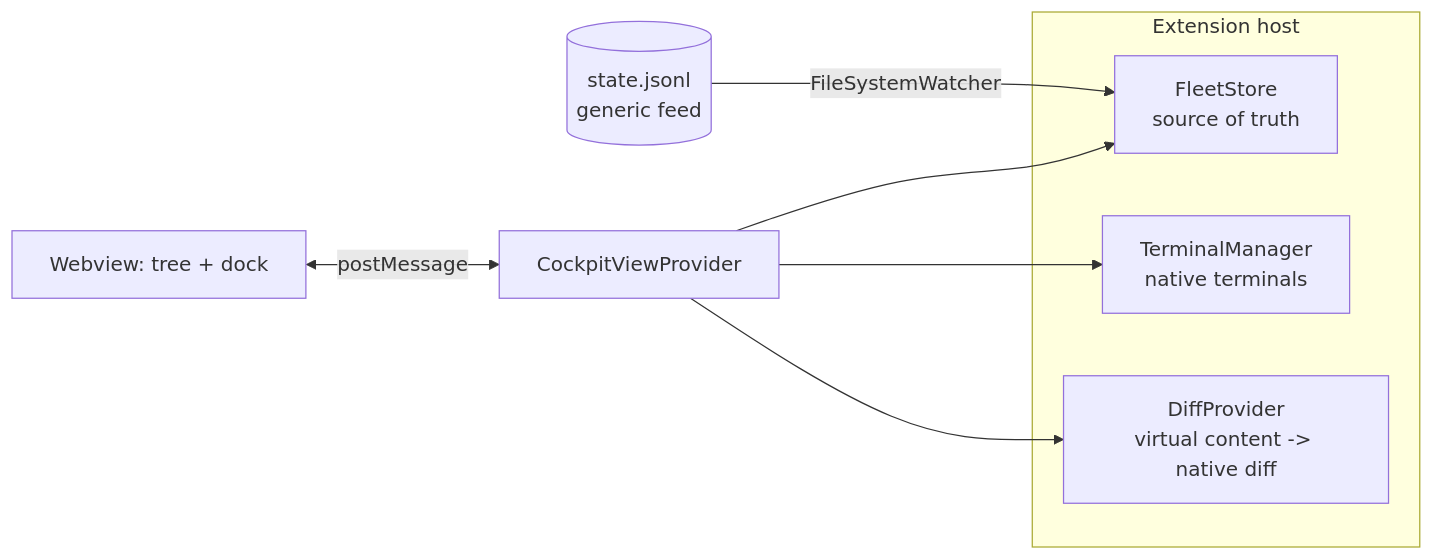
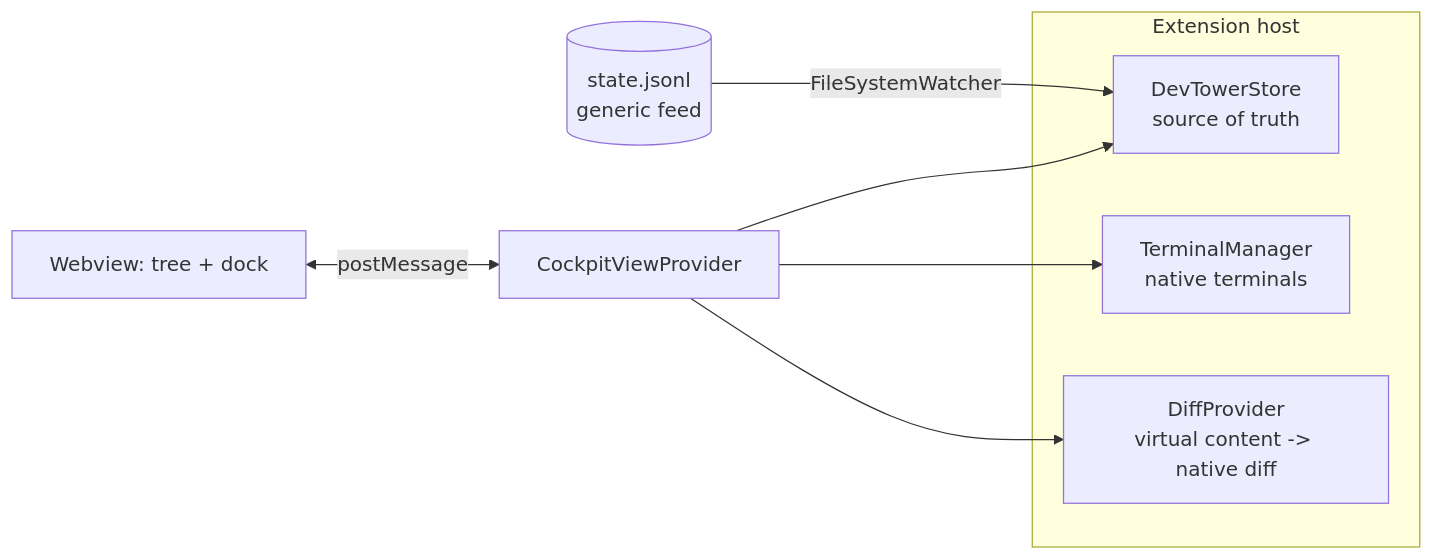
Before and after one commit to BradenTerry/DevTower: the diagram in README.md, drawn with Mermaid. The commit also changed other lines of this file and 18 other files, not shown here.

First line of the commit message:
Rename to DevTower; add room depth, worktree grouping, and fixes

````diff
--- a/README.md
+++ b/README.md
@@ -39,11 +39,11 @@
 ```mermaid
 flowchart LR
   subgraph host[Extension host]
-    FS[FleetStore<br/>source of truth]
+    FS[DevTowerStore<br/>source of truth]
     TM[TerminalManager<br/>native terminals]
     DP[DiffProvider<br/>virtual content -> native diff]
   end
   SF[(state.jsonl<br/>generic feed)] -->|FileSystemWatcher| FS
   WV[Webview: tree + dock] <-->|postMessage| CV[CockpitViewProvider]
   CV --> FS & TM & DP
 ```
````
